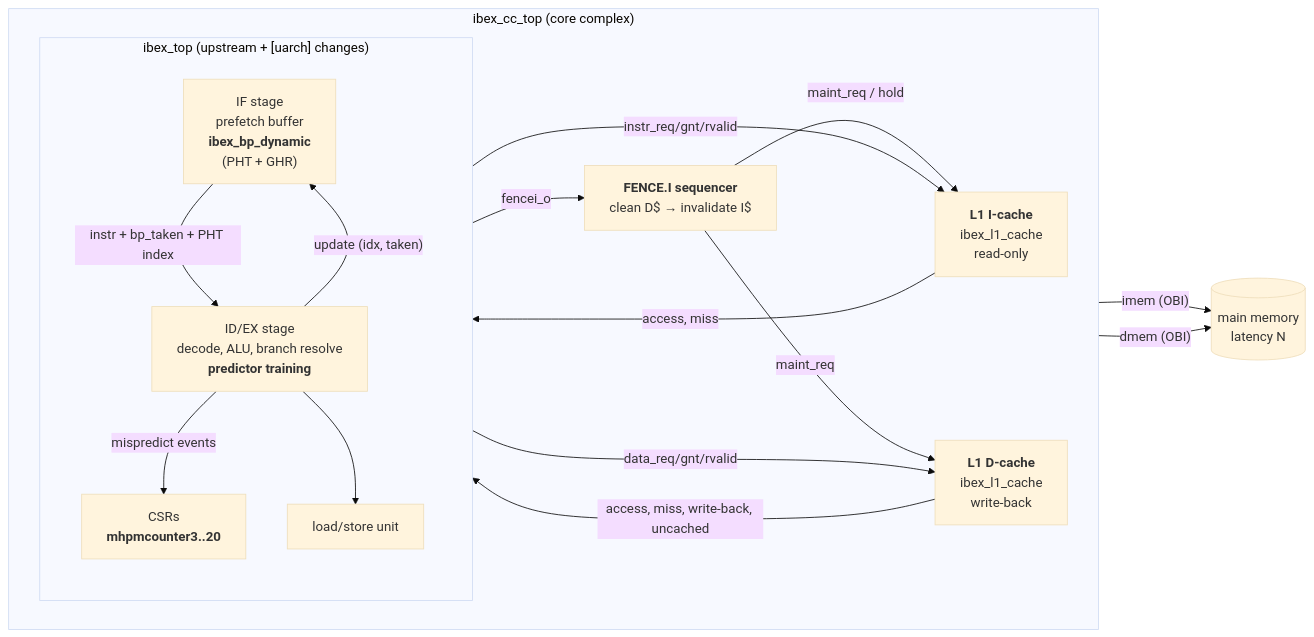
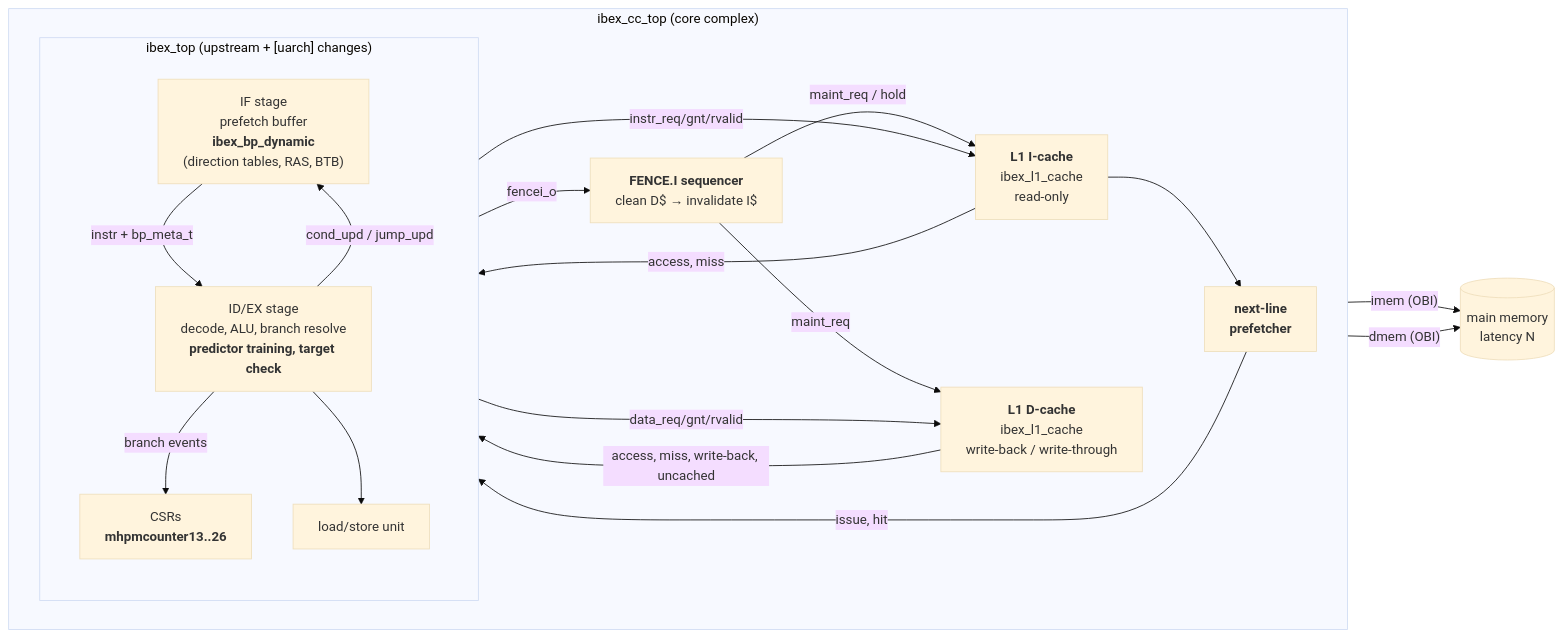
The diagram in docs/architecture.md (cdrake0924/RISC_microarchitecture), drawn with Mermaid (base theme) before and after one commit. The commit also changed other lines of this file and 23 other files, not shown here.

````diff
--- a/docs/architecture.md
+++ b/docs/architecture.md
@@ -15,29 +18,32 @@
 ```mermaid
 flowchart LR
   subgraph CC["ibex_cc_top (core complex)"]
     direction LR
     subgraph TOP["ibex_top (upstream + [uarch] changes)"]
       direction TB
-      IF["IF stage<br/>prefetch buffer<br/><b>ibex_bp_dynamic</b><br/>(PHT + GHR)"]
-      ID["ID/EX stage<br/>decode, ALU, branch resolve<br/><b>predictor training</b>"]
-      CSR["CSRs<br/><b>mhpmcounter3..20</b>"]
+      IF["IF stage<br/>prefetch buffer<br/><b>ibex_bp_dynamic</b><br/>(direction tables, RAS, BTB)"]
+      ID["ID/EX stage<br/>decode, ALU, branch resolve<br/><b>predictor training, target check</b>"]
+      CSR["CSRs<br/><b>mhpmcounter13..26</b>"]
       LSU["load/store unit"]
-      IF -- "instr + bp_taken + PHT index" --> ID
-      ID -- "update (idx, taken)" --> IF
-      ID -- "mispredict events" --> CSR
+      IF -- "instr + bp_meta_t" --> ID
+      ID -- "cond_upd / jump_upd" --> IF
+      ID -- "branch events" --> CSR
       ID --> LSU
     end
     IC["<b>L1 I-cache</b><br/>ibex_l1_cache<br/>read-only"]
-    DC["<b>L1 D-cache</b><br/>ibex_l1_cache<br/>write-back"]
+    PF["<b>next-line<br/>prefetcher</b>"]
+    DC["<b>L1 D-cache</b><br/>ibex_l1_cache<br/>write-back / write-through"]
     FS["<b>FENCE.I sequencer</b><br/>clean D$ → invalidate I$"]
     IF -- "instr_req/gnt/rvalid" --> IC
+    IC --> PF
     LSU -- "data_req/gnt/rvalid" --> DC
     TOP -- "fencei_o" --> FS
     FS -- "maint_req / hold" --> IC
     FS -- "maint_req" --> DC
     IC -- "access, miss" --> CSR
+    PF -- "issue, hit" --> CSR
     DC -- "access, miss, write-back, uncached" --> CSR
   end
-  IC -- "imem (OBI)" --> MEM[("main memory<br/>latency N")]
+  PF -- "imem (OBI)" --> MEM[("main memory<br/>latency N")]
   DC -- "dmem (OBI)" --> MEM
 ```
````
